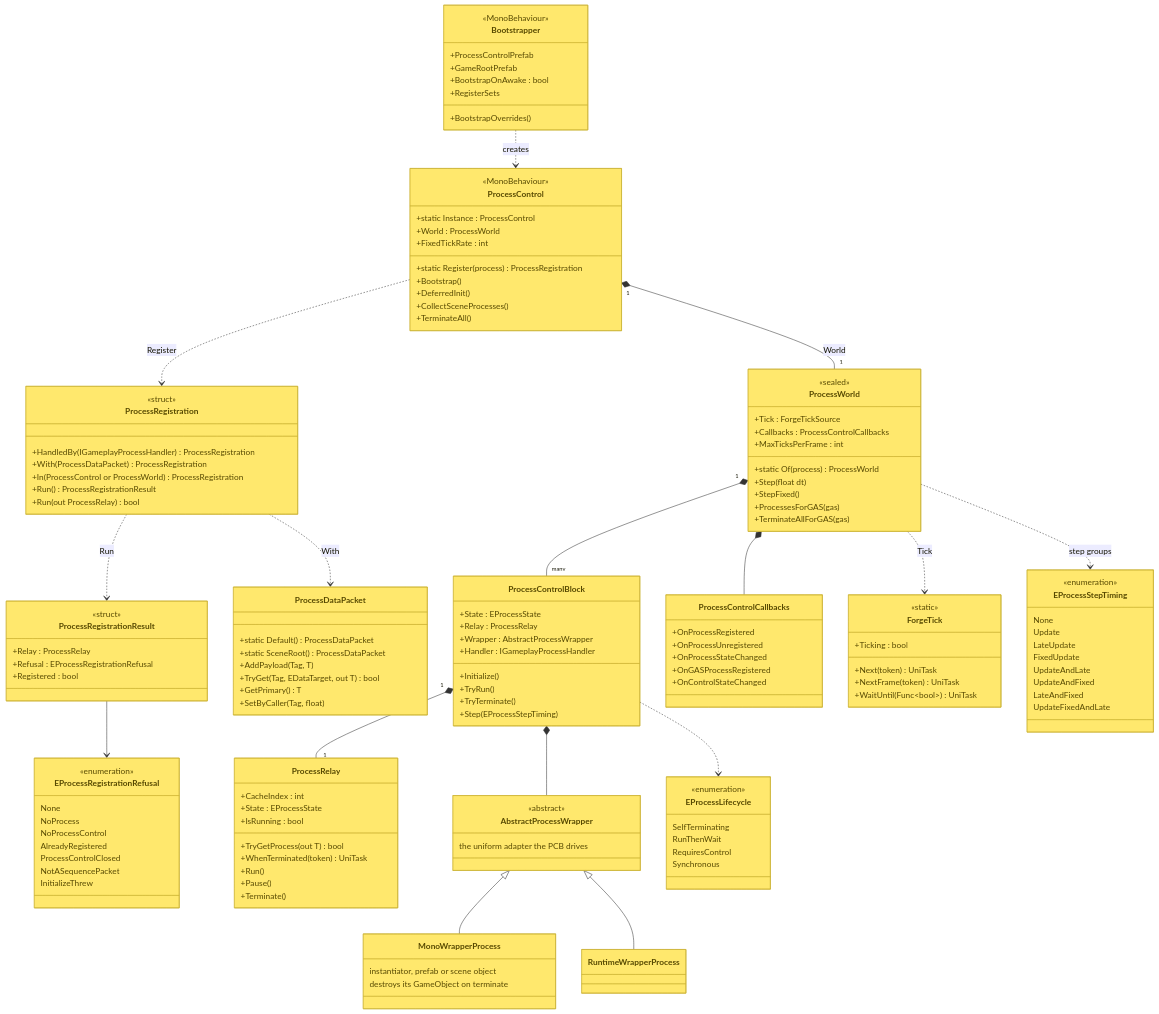
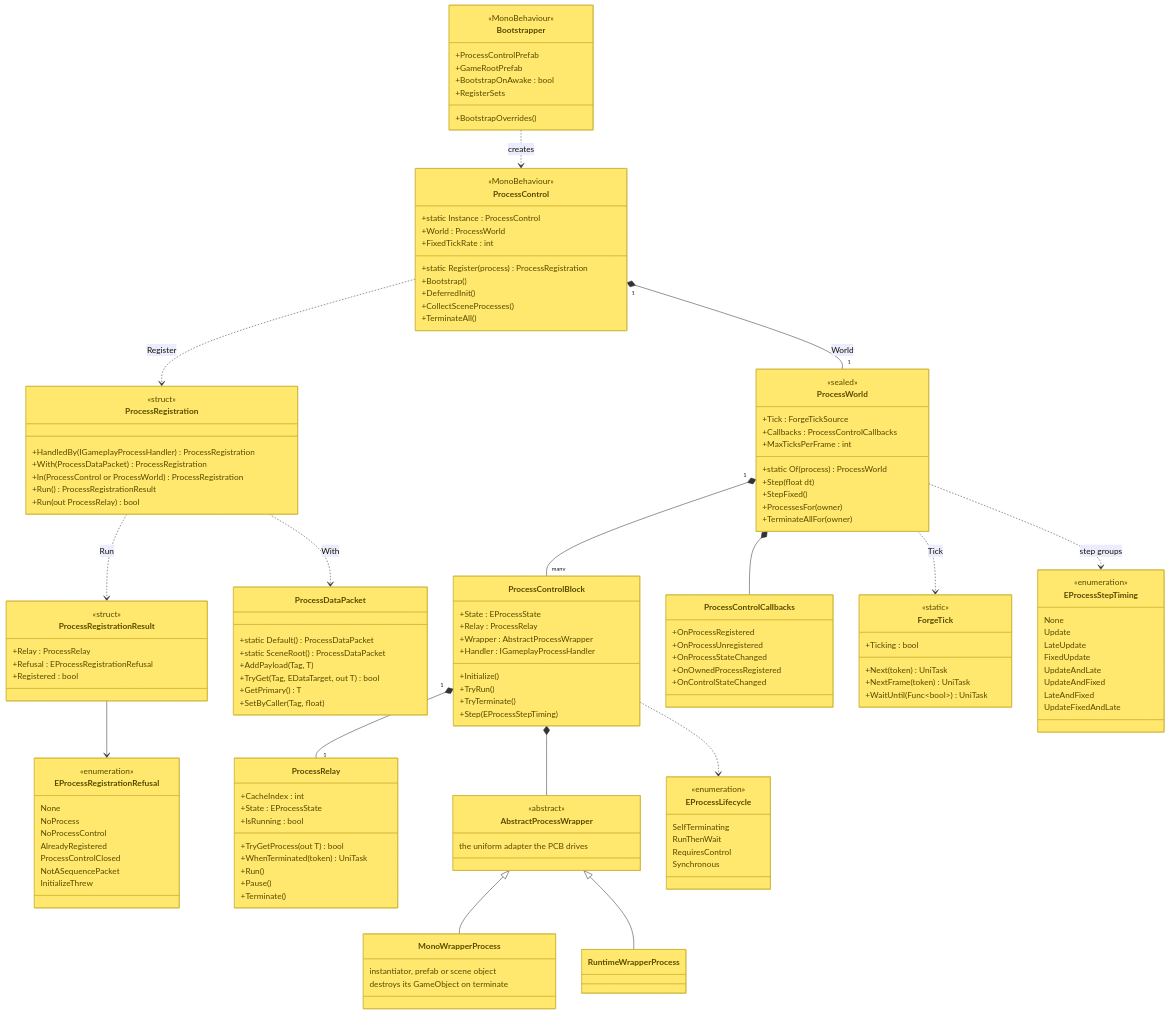
The diagram in docfx/diagrams/2.1-processcontrol.mmd (gabedvdsn/PlayForge), drawn with Mermaid before and after one commit. The commit also changed 12 other files, not shown here.

```diff
--- a/docfx/diagrams/2.1-processcontrol.mmd
+++ b/docfx/diagrams/2.1-processcontrol.mmd
@@ -1,142 +1,142 @@
 classDiagram
 class Bootstrapper:::rt {
 <<MonoBehaviour>>
 +ProcessControlPrefab
 +GameRootPrefab
 +BootstrapOnAwake : bool
 +RegisterSets
 +BootstrapOverrides()
 }
 class ProcessControl:::rt {
 <<MonoBehaviour>>
 +static Instance : ProcessControl
 +World : ProcessWorld
 +FixedTickRate : int
 +static Register(process) ProcessRegistration
 +Bootstrap()
 +DeferredInit()
 +CollectSceneProcesses()
 +TerminateAll()
 }
 class ProcessRegistration:::rt {
 <<struct>>
 +HandledBy(IGameplayProcessHandler) ProcessRegistration
 +With(ProcessDataPacket) ProcessRegistration
 +In(ProcessControl or ProcessWorld) ProcessRegistration
 +Run() ProcessRegistrationResult
 +Run(out ProcessRelay) bool
 }
 class ProcessRegistrationResult:::rt {
 <<struct>>
 +Relay : ProcessRelay
 +Refusal : EProcessRegistrationRefusal
 +Registered : bool
 }
 class EProcessRegistrationRefusal:::rt {
 <<enumeration>>
 None
 NoProcess
 NoProcessControl
 AlreadyRegistered
 ProcessControlClosed
 NotASequencePacket
 InitializeThrew
 }
 class ProcessWorld:::rt {
 <<sealed>>
 +static Of(process) ProcessWorld
 +Step(float dt)
 +StepFixed()
 +Tick : ForgeTickSource
 +Callbacks : ProcessControlCallbacks
 +MaxTicksPerFrame : int
-+ProcessesForGAS(gas)
-+TerminateAllForGAS(gas)
++ProcessesFor(owner)
++TerminateAllFor(owner)
 }
 class ProcessControlBlock:::rt {
 +State : EProcessState
 +Relay : ProcessRelay
 +Wrapper : AbstractProcessWrapper
 +Handler : IGameplayProcessHandler
 +Initialize()
 +TryRun()
 +TryTerminate()
 +Step(EProcessStepTiming)
 }
 class ProcessRelay:::rt {
 +CacheIndex : int
 +State : EProcessState
 +IsRunning : bool
 +TryGetProcess(out T) bool
 +WhenTerminated(token) UniTask
 +Run()
 +Pause()
 +Terminate()
 }
 class AbstractProcessWrapper:::rt {
 <<abstract>>
 the uniform adapter the PCB drives
 }
 class MonoWrapperProcess:::rt {
 instantiator, prefab or scene object
 destroys its GameObject on terminate
 }
 class RuntimeWrapperProcess:::rt
 class ProcessDataPacket:::rt {
 +static Default() ProcessDataPacket
 +static SceneRoot() ProcessDataPacket
 +AddPayload(Tag, T)
 +TryGet(Tag, EDataTarget, out T) bool
 +GetPrimary() T
 +SetByCaller(Tag, float)
 }
 class ProcessControlCallbacks:::rt {
 +OnProcessRegistered
 +OnProcessUnregistered
 +OnProcessStateChanged
-+OnGASProcessRegistered
++OnOwnedProcessRegistered
 +OnControlStateChanged
 }
 class ForgeTick:::rt {
 <<static>>
 +Next(token) UniTask
 +NextFrame(token) UniTask
 +WaitUntil(Func~bool~) UniTask
 +Ticking : bool
 }
 class EProcessLifecycle:::rt {
 <<enumeration>>
 SelfTerminating
 RunThenWait
 RequiresControl
 Synchronous
 }
 class EProcessStepTiming:::rt {
 <<enumeration>>
 None
 Update
 LateUpdate
 FixedUpdate
 UpdateAndLate
 UpdateAndFixed
 LateAndFixed
 UpdateFixedAndLate
 }
 Bootstrapper ..> ProcessControl : creates
 ProcessControl ..> ProcessRegistration : Register
 ProcessRegistration ..> ProcessRegistrationResult : Run
 ProcessRegistrationResult --> EProcessRegistrationRefusal
 ProcessRegistration ..> ProcessDataPacket : With
 ProcessControl "1" *-- "1" ProcessWorld : World
 ProcessWorld "1" *-- "many" ProcessControlBlock
 ProcessWorld *-- ProcessControlCallbacks
 ProcessWorld ..> ForgeTick : Tick
 ProcessControlBlock "1" *-- "1" ProcessRelay
 ProcessControlBlock *-- AbstractProcessWrapper
 AbstractProcessWrapper <|-- MonoWrapperProcess
 AbstractProcessWrapper <|-- RuntimeWrapperProcess
 ProcessControlBlock ..> EProcessLifecycle
 ProcessWorld ..> EProcessStepTiming : step groups
 classDef rt fill:#FFE86D,stroke:#CBB333,color:#574900
 classDef ext fill:#A0C4FB,stroke:#6A8BBF,color:#14315E
 classDef asset fill:#B8ACFB,stroke:#7D6DD4,color:#231266
```
